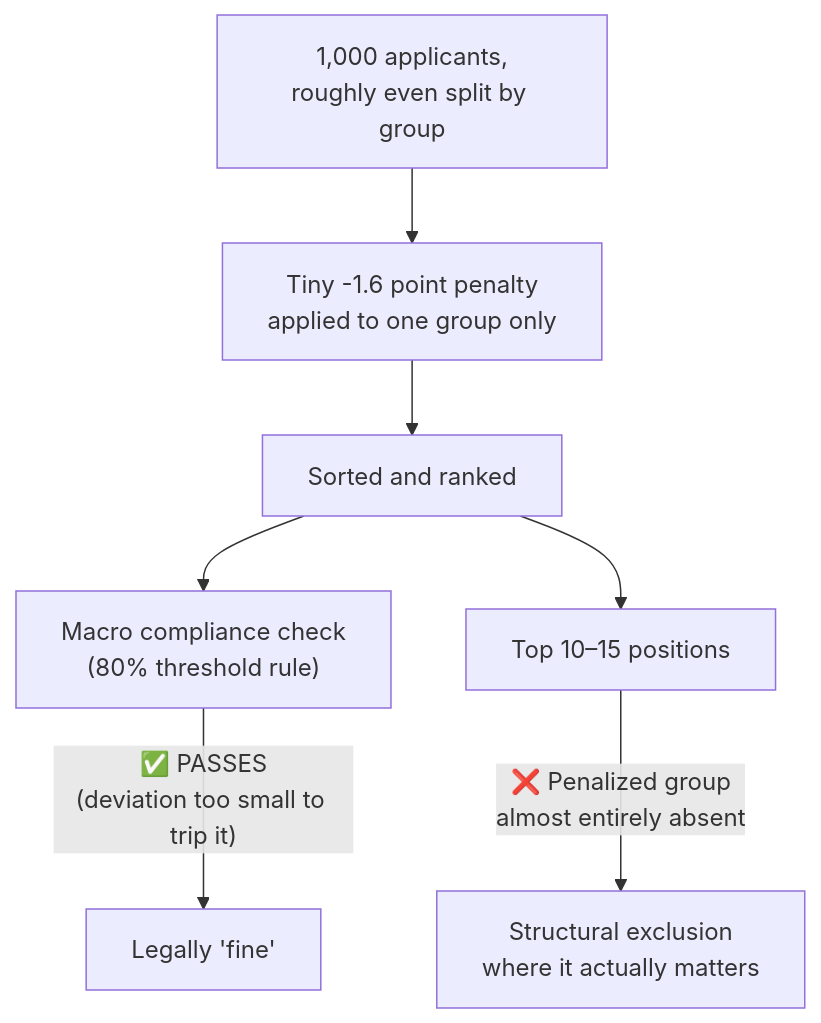
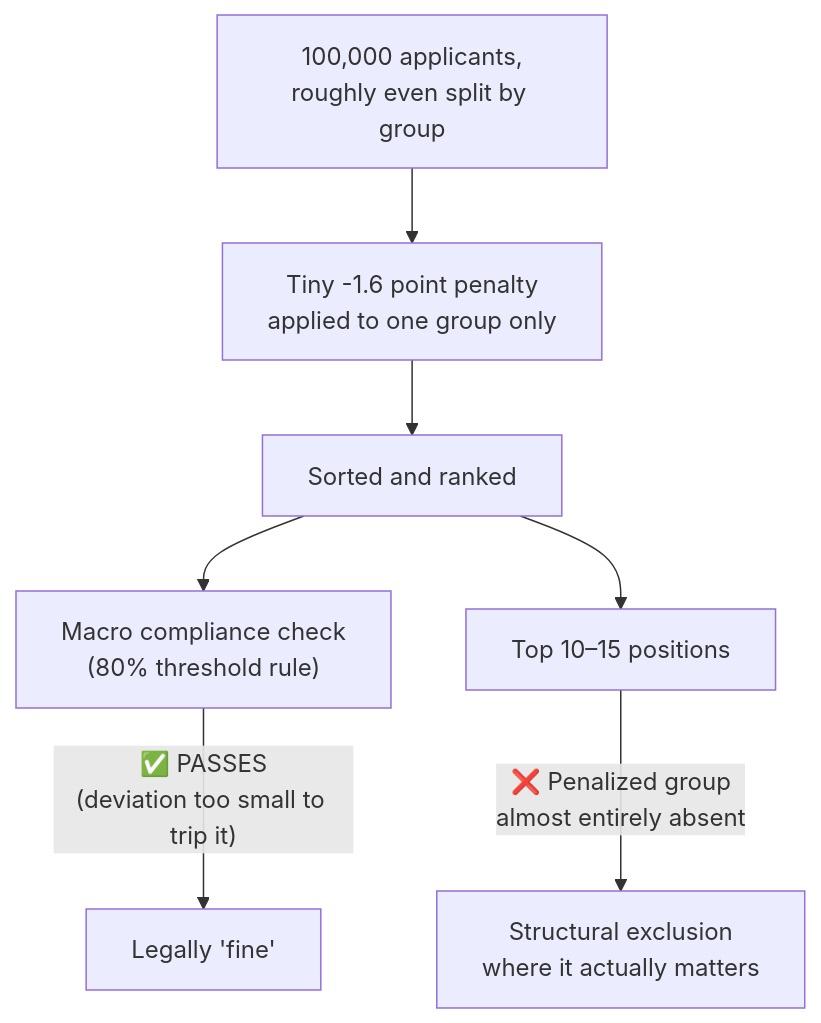
The second of 2 diagrams in modules/03-algorithmic-bias.md (Impacts-of-Computing-Fall-2026/impacts-computing-template), drawn with Mermaid before and after one commit. The commit also changed other lines of this file and 3 other files, not shown here.

````diff
--- a/modules/03-algorithmic-bias.md
+++ b/modules/03-algorithmic-bias.md
@@ -31,9 +31,9 @@
 ```mermaid
 graph TD
-    A["1,000 applicants,<br/>roughly even split by group"] --> B["Tiny -1.6 point penalty<br/>applied to one group only"]
+    A["100,000 applicants,<br/>roughly even split by group"] --> B["Tiny -1.6 point penalty<br/>applied to one group only"]
     B --> C["Sorted and ranked"]
     C --> D["Macro compliance check<br/>(80% threshold rule)"]
     D -->|"✅ PASSES<br/>(deviation too small to trip it)"| E["Legally 'fine'"]
     C --> F["Top 10–15 positions"]
     F -->|"❌ Penalized group<br/>almost entirely absent"| G["Structural exclusion<br/>where it actually matters"]
 ```
````
